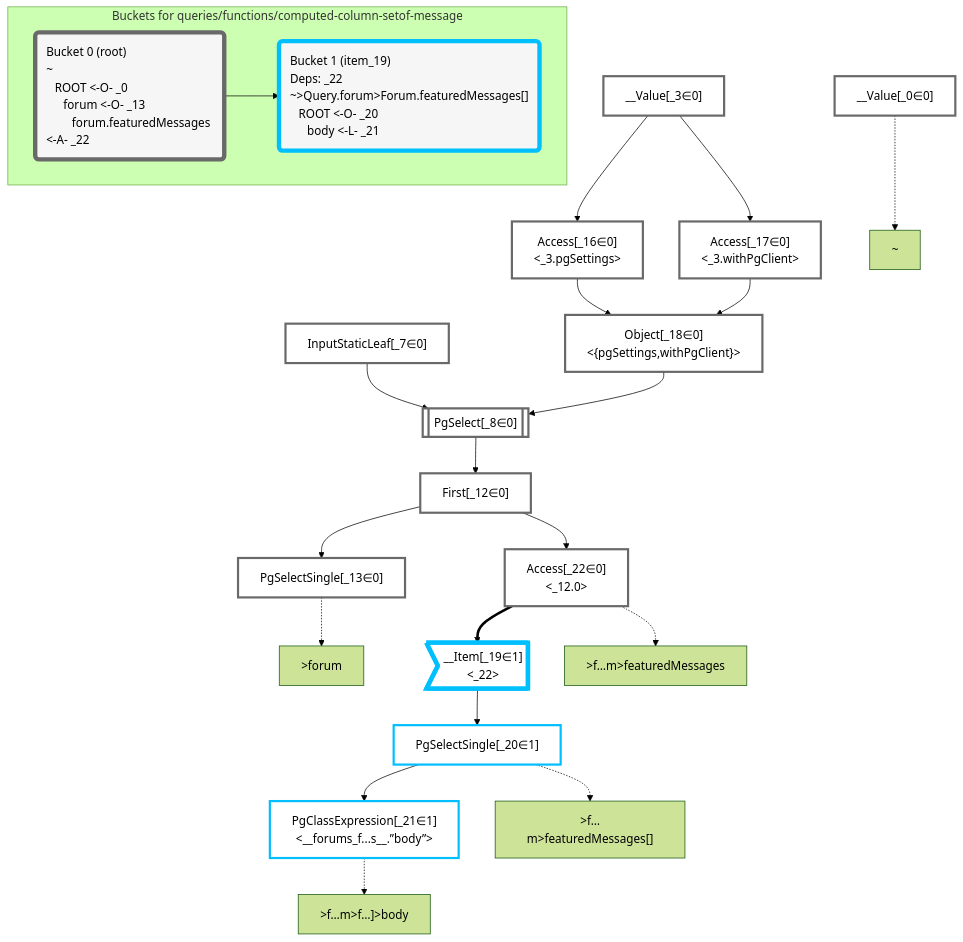
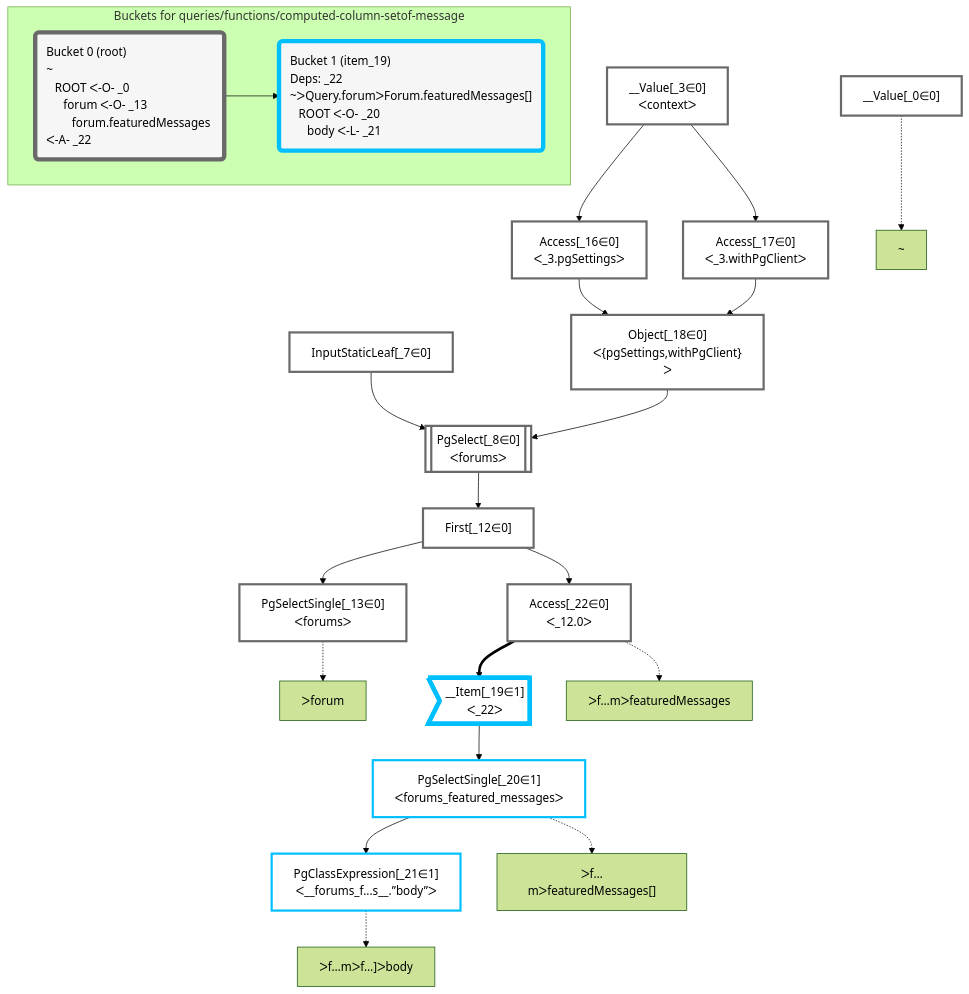
The diagram in packages/dataplan-pg/__tests__/queries/functions/computed-column-setof-message.mermaid.md (graphile/crystal), drawn with Mermaid (forest theme) before and after one commit. The commit also changed 195 other files, not shown here.

````diff
--- a/packages/dataplan-pg/__tests__/queries/functions/computed-column-setof-message.mermaid.md
+++ b/packages/dataplan-pg/__tests__/queries/functions/computed-column-setof-message.mermaid.md
@@ -1,64 +1,64 @@
 ```mermaid
 graph TD
     classDef path fill:#eee,stroke:#000,color:#000
     classDef plan fill:#fff,stroke-width:3px,color:#000
     classDef itemplan fill:#fff,stroke-width:6px,color:#000
     classDef sideeffectplan fill:#f00,stroke-width:6px,color:#000
     classDef bucket fill:#f6f6f6,color:#000,stroke-width:6px,text-align:left
 
 
     %% define plans
     __Value_0["__Value[_0∈0]"]:::plan
-    __Value_3["__Value[_3∈0]<br /><context>"]:::plan
+    __Value_3["__Value[_3∈0]<br />ᐸcontextᐳ"]:::plan
     InputStaticLeaf_7["InputStaticLeaf[_7∈0]"]:::plan
-    PgSelect_8[["PgSelect[_8∈0]<br /><forums>"]]:::plan
+    PgSelect_8[["PgSelect[_8∈0]<br />ᐸforumsᐳ"]]:::plan
     First_12["First[_12∈0]"]:::plan
-    PgSelectSingle_13["PgSelectSingle[_13∈0]<br /><forums>"]:::plan
-    Access_16["Access[_16∈0]<br /><_3.pgSettings>"]:::plan
-    Access_17["Access[_17∈0]<br /><_3.withPgClient>"]:::plan
-    Object_18["Object[_18∈0]<br /><{pgSettings,withPgClient}>"]:::plan
-    __Item_19>"__Item[_19∈1]<br /><_22>"]:::itemplan
-    PgSelectSingle_20["PgSelectSingle[_20∈1]<br /><forums_featured_messages>"]:::plan
-    PgClassExpression_21["PgClassExpression[_21∈1]<br /><__forums_f...s__.”body”>"]:::plan
-    Access_22["Access[_22∈0]<br /><_12.0>"]:::plan
+    PgSelectSingle_13["PgSelectSingle[_13∈0]<br />ᐸforumsᐳ"]:::plan
+    Access_16["Access[_16∈0]<br />ᐸ_3.pgSettingsᐳ"]:::plan
+    Access_17["Access[_17∈0]<br />ᐸ_3.withPgClientᐳ"]:::plan
+    Object_18["Object[_18∈0]<br />ᐸ{pgSettings,withPgClient}ᐳ"]:::plan
+    __Item_19>"__Item[_19∈1]<br />ᐸ_22ᐳ"]:::itemplan
+    PgSelectSingle_20["PgSelectSingle[_20∈1]<br />ᐸforums_featured_messagesᐳ"]:::plan
+    PgClassExpression_21["PgClassExpression[_21∈1]<br />ᐸ__forums_f...s__.”body”ᐳ"]:::plan
+    Access_22["Access[_22∈0]<br />ᐸ_12.0ᐳ"]:::plan
 
     %% plan dependencies
     Object_18 --> PgSelect_8
     InputStaticLeaf_7 --> PgSelect_8
     PgSelect_8 --> First_12
     First_12 --> PgSelectSingle_13
     __Value_3 --> Access_16
     __Value_3 --> Access_17
     Access_16 --> Object_18
     Access_17 --> Object_18
     Access_22 ==> __Item_19
     __Item_19 --> PgSelectSingle_20
     PgSelectSingle_20 --> PgClassExpression_21
     First_12 --> Access_22
 
     %% plan-to-path relationships
     P_0["~"]
     __Value_0 -.-> P_0
-    P_13[">forum"]
+    P_13["ᐳforum"]
     PgSelectSingle_13 -.-> P_13
-    P_20[">f…m>featuredMessages[]"]
+    P_20["ᐳf…mᐳfeaturedMessages[]"]
     PgSelectSingle_20 -.-> P_20
-    P_21[">f…m>f…]>body"]
+    P_21["ᐳf…mᐳf…]ᐳbody"]
     PgClassExpression_21 -.-> P_21
-    P_22[">f…m>featuredMessages"]
+    P_22["ᐳf…mᐳfeaturedMessages"]
     Access_22 -.-> P_22
 
     %% allocate buckets
     classDef bucket0 stroke:#696969
     class __Value_0,__Value_3,InputStaticLeaf_7,PgSelect_8,First_12,PgSelectSingle_13,Access_16,Access_17,Object_18,Access_22 bucket0
     classDef bucket1 stroke:#00bfff
     class __Item_19,PgSelectSingle_20,PgClassExpression_21 bucket1
 
     subgraph "Buckets for queries/functions/computed-column-setof-message"
-    Bucket0("Bucket 0 (root)<br />~<br />⠀ROOT <-O- _0<br />⠀⠀forum <-O- _13<br />⠀⠀⠀forum.featuredMessages <-A- _22"):::bucket
+    Bucket0("Bucket 0 (root)<br />~<br />⠀ROOT ᐸ-O- _0<br />⠀⠀forum ᐸ-O- _13<br />⠀⠀⠀forum.featuredMessages ᐸ-A- _22"):::bucket
     style Bucket0 stroke:#696969
-    Bucket1("Bucket 1 (item_19)<br />Deps: _22<br />~>Query.forum>Forum.featuredMessages[]<br />⠀ROOT <-O- _20<br />⠀⠀body <-L- _21"):::bucket
+    Bucket1("Bucket 1 (item_19)<br />Deps: _22<br />~ᐳQuery.forumᐳForum.featuredMessages[]<br />⠀ROOT ᐸ-O- _20<br />⠀⠀body ᐸ-L- _21"):::bucket
     style Bucket1 stroke:#00bfff
     Bucket0 --> Bucket1
     end
 ```
````
